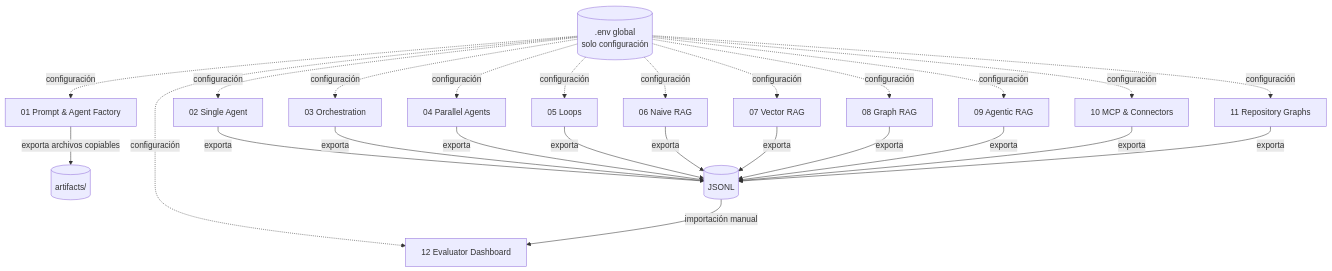
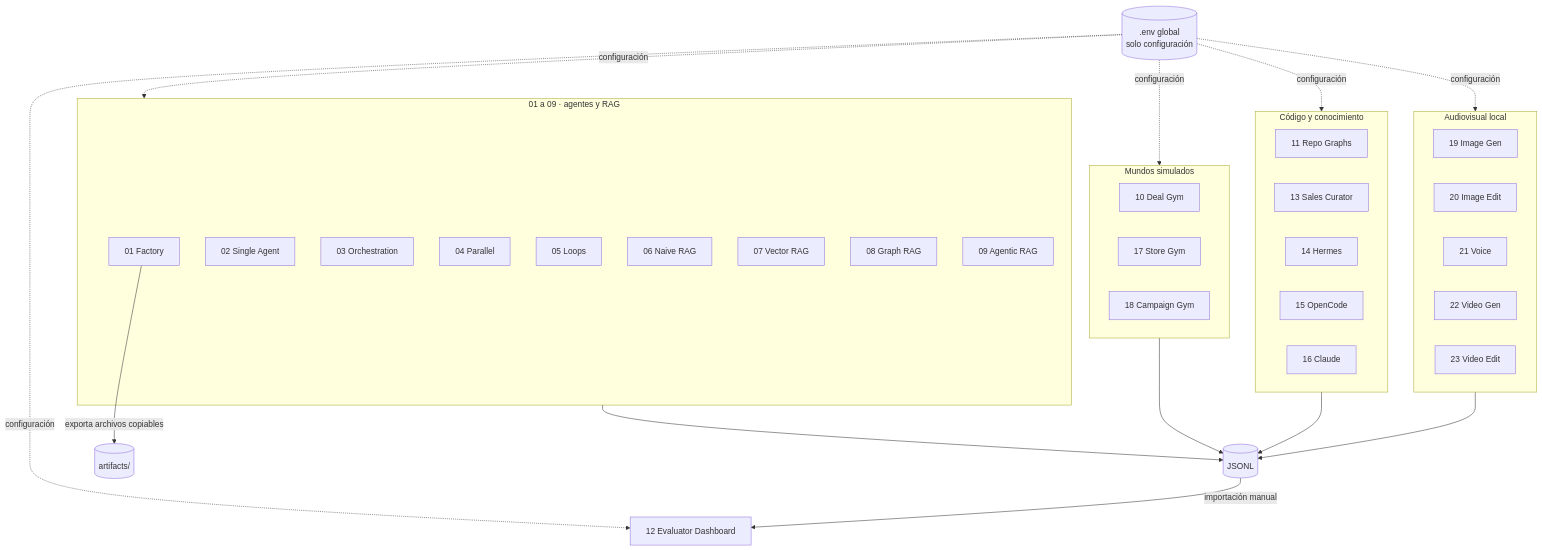
Before and after one commit to Cristrva1/BL_Loops: the second of 7 diagrams in docs/PLAN_MAESTRO_DIDACTICO.md, drawn with Mermaid. The commit also changed other lines of this file and 366 other files, not shown here.

First line of the commit message:
feat: publish orchestration labs, media studios, and curator library

````diff
--- a/docs/PLAN_MAESTRO_DIDACTICO.md
+++ b/docs/PLAN_MAESTRO_DIDACTICO.md
@@ -64,42 +69,55 @@
 ```mermaid
 flowchart TB
     ENV[(.env global\nsolo configuración)]
-    PF[01 Prompt & Agent Factory]
-    SA[02 Single Agent]
-    OR[03 Orchestration]
-    PA[04 Parallel Agents]
-    LO[05 Loops]
-    RN[06 Naive RAG]
-    RV[07 Vector RAG]
-    RG[08 Graph RAG]
-    RA[09 Agentic RAG]
-    MC[10 MCP & Connectors]
-    GR[11 Repository Graphs]
+
+    subgraph CORE[01 a 09 · agentes y RAG]
+        PF[01 Factory]
+        SA[02 Single Agent]
+        OR[03 Orchestration]
+        PA[04 Parallel]
+        LO[05 Loops]
+        RN[06 Naive RAG]
+        RV[07 Vector RAG]
+        RG[08 Graph RAG]
+        RA[09 Agentic RAG]
+    end
+
+    subgraph WORLDS[Mundos simulados]
+        DG[10 Deal Gym]
+        ST[17 Store Gym]
+        CG[18 Campaign Gym]
+    end
+
+    subgraph CODE[Código y conocimiento]
+        GR[11 Repo Graphs]
+        SK[13 Sales Curator]
+        H14[14 Hermes]
+        H15[15 OpenCode]
+        H16[16 Claude]
+    end
+
+    subgraph MEDIA[Audiovisual local]
+        IG[19 Image Gen]
+        IE[20 Image Edit]
+        VO[21 Voice]
+        VG[22 Video Gen]
+        VE[23 Video Edit]
+    end
+
     EV[12 Evaluator Dashboard]
+    X[(artifacts/)]
+    J[(JSONL)]
 
-    ENV -. configuración .-> PF
-    ENV -. configuración .-> SA
-    ENV -. configuración .-> OR
-    ENV -. configuración .-> PA
-    ENV -. configuración .-> LO
-    ENV -. configuración .-> RN
-    ENV -. configuración .-> RV
-    ENV -. configuración .-> RG
-    ENV -. configuración .-> RA
-    ENV -. configuración .-> MC
-    ENV -. configuración .-> GR
+    ENV -. configuración .-> CORE
+    ENV -. configuración .-> WORLDS
+    ENV -. configuración .-> CODE
+    ENV -. configuración .-> MEDIA
     ENV -. configuración .-> EV
 
-    PF -- exporta archivos copiables --> X[(artifacts/)]
-    SA -- exporta --> J[(JSONL)]
-    OR -- exporta --> J
-    PA -- exporta --> J
-    LO -- exporta --> J
-    RN -- exporta --> J
-    RV -- exporta --> J
-    RG -- exporta --> J
-    RA -- exporta --> J
-    MC -- exporta --> J
-    GR -- exporta --> J
+    PF -- exporta archivos copiables --> X
+    CORE --> J
+    WORLDS --> J
+    CODE --> J
+    MEDIA --> J
     J -- importación manual --> EV
 ```
````
